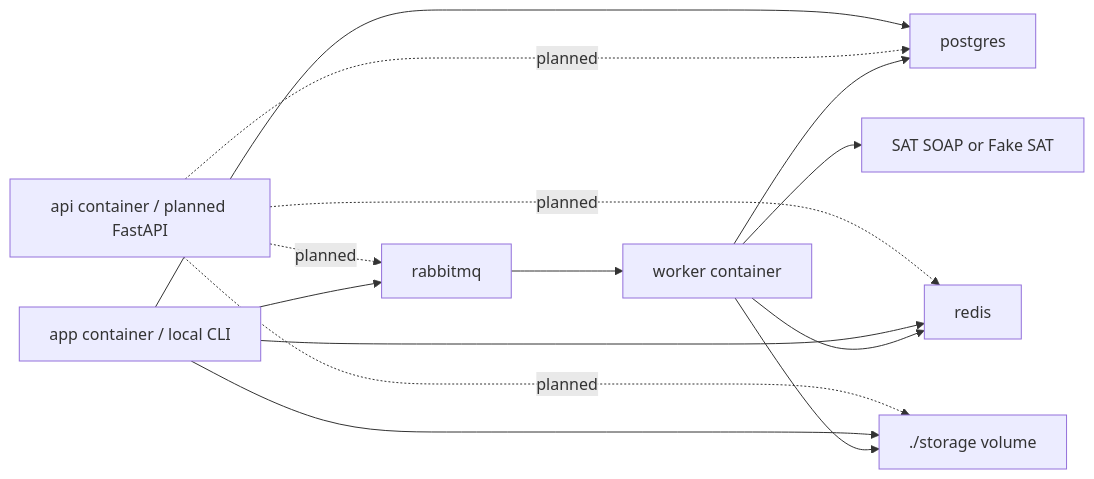
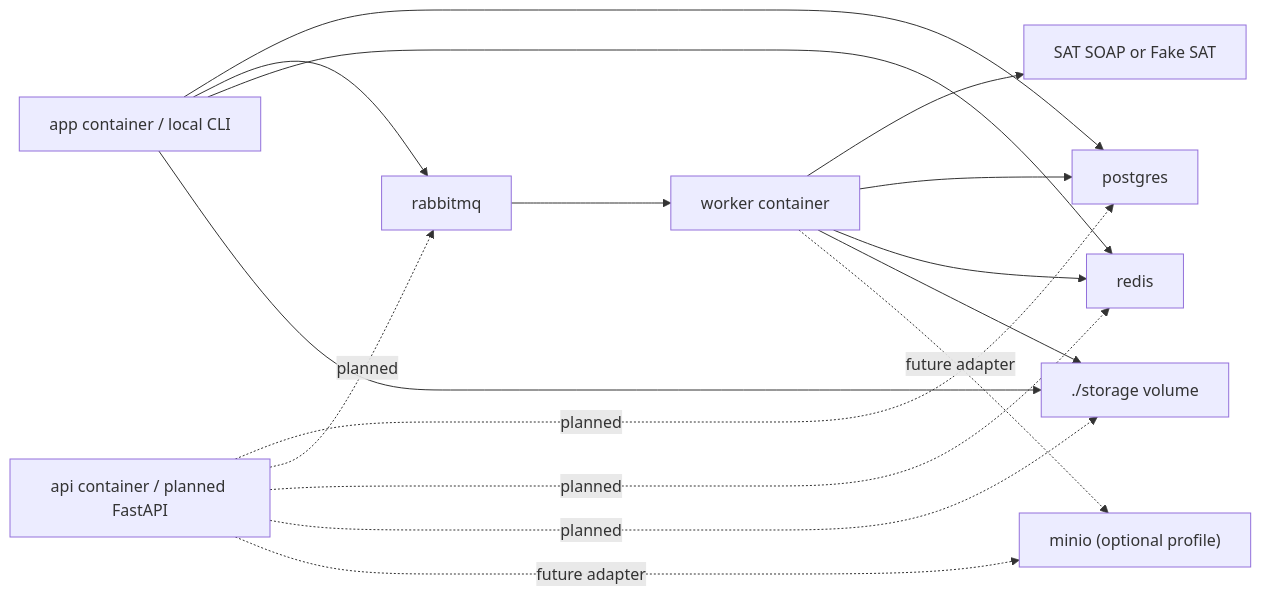
Before and after one commit to Crls8a/cfdi-vault-mx: the second of 3 diagrams in docs/foundation/architecture-blueprint.md, drawn with Mermaid. The commit also changed other lines of this file and 9 other files, not shown here.

Commit message:
chore(infra): add optional minio storage profile

````diff
--- a/docs/foundation/architecture-blueprint.md
+++ b/docs/foundation/architecture-blueprint.md
@@ -27,16 +28,18 @@
 ```mermaid
 flowchart LR
     CLI["app container / local CLI"] --> PG["postgres"]
     API["api container / planned FastAPI"] -. planned .-> PG
     API -. planned .-> MQ["rabbitmq"]
     API -. planned .-> Redis["redis"]
     API -. planned .-> Storage["./storage volume"]
+    API -. future adapter .-> MinIO["minio (optional profile)"]
     CLI --> MQ
     CLI --> Redis
     CLI --> Storage
     MQ --> Worker["worker container"]
     Worker --> SAT["SAT SOAP or Fake SAT"]
     Worker --> PG
     Worker --> Redis
     Worker --> Storage
+    Worker -. future adapter .-> MinIO
 ```
````
